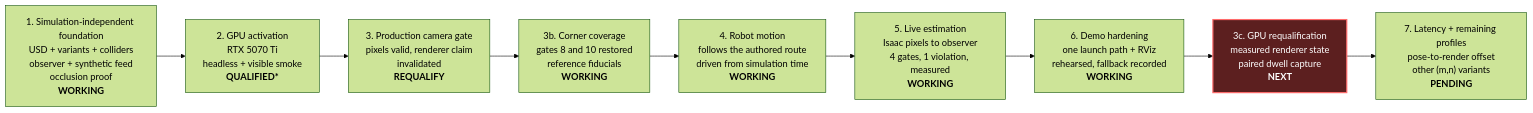
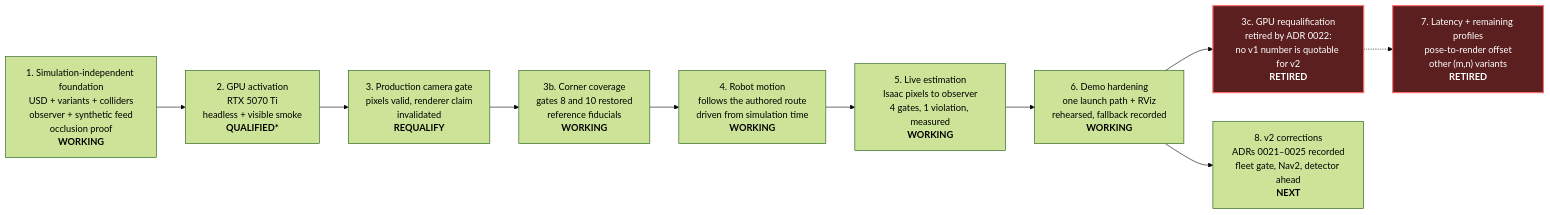
Before and after one commit to alexandergmzx/corridor-twin: the first of 2 diagrams in docs/README.md, drawn with Mermaid (forest theme). The commit also changed other lines of this file and 1 other file, not shown here.

````diff
--- a/docs/README.md
+++ b/docs/README.md
@@ -42,17 +49,21 @@
 ```mermaid
 flowchart LR
     P1["1. Simulation-independent foundation<br/>USD + variants + colliders<br/>observer + synthetic feed<br/>occlusion proof<br/><b>WORKING</b>"]
     P2["2. GPU activation<br/>RTX 5070 Ti<br/>headless + visible smoke<br/><b>QUALIFIED*</b>"]
     P3["3. Production camera gate<br/>pixels valid, renderer claim<br/>invalidated<br/><b>REQUALIFY</b>"]
     P3b["3b. Corner coverage<br/>gates 8 and 10 restored<br/>reference fiducials<br/><b>WORKING</b>"]
     P4["4. Robot motion<br/>follows the authored route<br/>driven from simulation time<br/><b>WORKING</b>"]
     P5["5. Live estimation<br/>Isaac pixels to observer<br/>4 gates, 1 violation, measured<br/><b>WORKING</b>"]
     P6["6. Demo hardening<br/>one launch path + RViz<br/>rehearsed, fallback recorded<br/><b>WORKING</b>"]
-    P3c["3c. GPU requalification<br/>measured renderer state<br/>paired dwell capture<br/><b>NEXT</b>"]
-    P7["7. Latency + remaining profiles<br/>pose-to-render offset<br/>other (m,n) variants<br/><b>PENDING</b>"]
+    P3c["3c. GPU requalification<br/>retired by ADR 0022:<br/>no v1 number is quotable for v2<br/><b>RETIRED</b>"]
+    P7["7. Latency + remaining profiles<br/>pose-to-render offset<br/>other (m,n) variants<br/><b>RETIRED</b>"]
+    V2["8. v2 corrections<br/>ADRs 0021&ndash;0025 recorded<br/>fleet gate, Nav2, detector ahead<br/><b>NEXT</b>"]
 
-    P1 --> P2 --> P3 --> P3b --> P4 --> P5 --> P6 --> P3c --> P7
+    P1 --> P2 --> P3 --> P3b --> P4 --> P5 --> P6 --> P3c
+    P6 --> V2
+    P3c -.-> P7
 
     classDef blocked fill:#5c1f1f,color:#ffffff,stroke:#ff6b6b,stroke-width:2px;
     class P3c blocked;
+    class P7 blocked;
 ```
````
